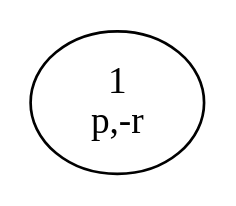
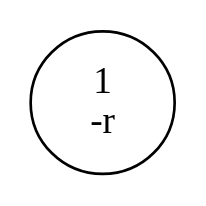
Before and after one commit to cagve/epistemic-tree: the diagram in lib/dots/model.dot, drawn with Graphviz. The commit also changed 22 other files, not shown here.

```diff
--- a/lib/dots/model.dot
+++ b/lib/dots/model.dot
@@ -1,4 +1,4 @@
 digraph G {
 1[label="1 \n "];
-1[label="1 \n p,-r"];
+1[label="1 \n -r"];
 }
```
